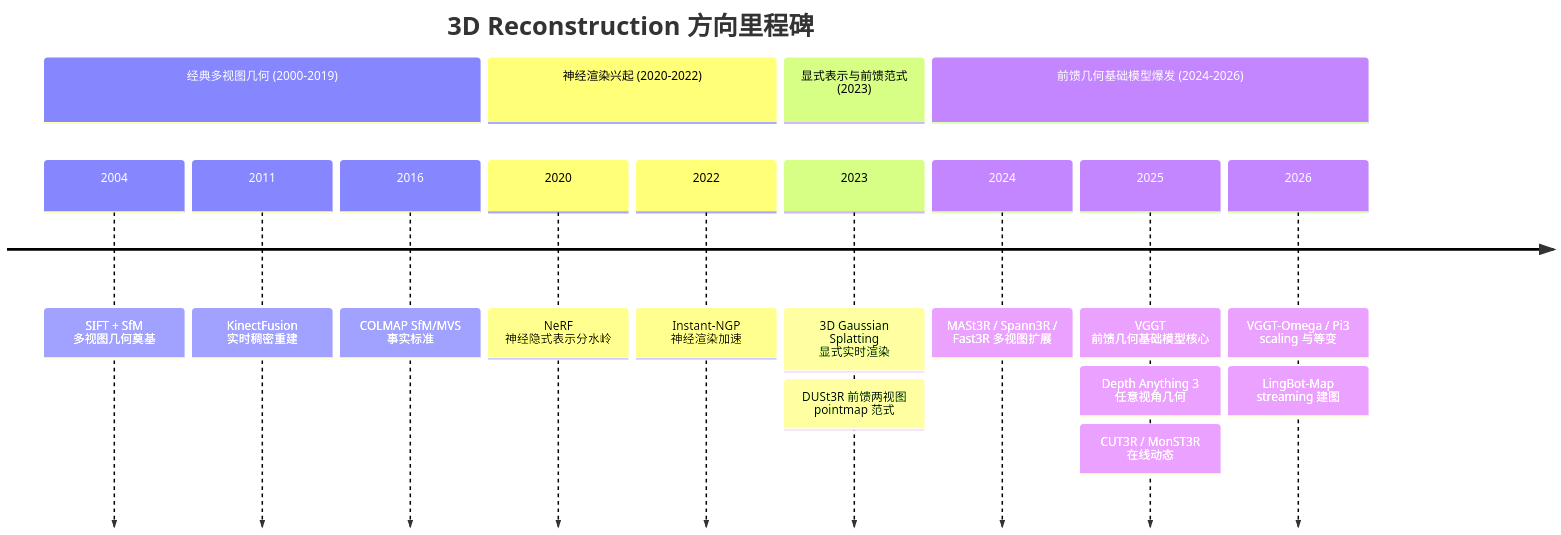
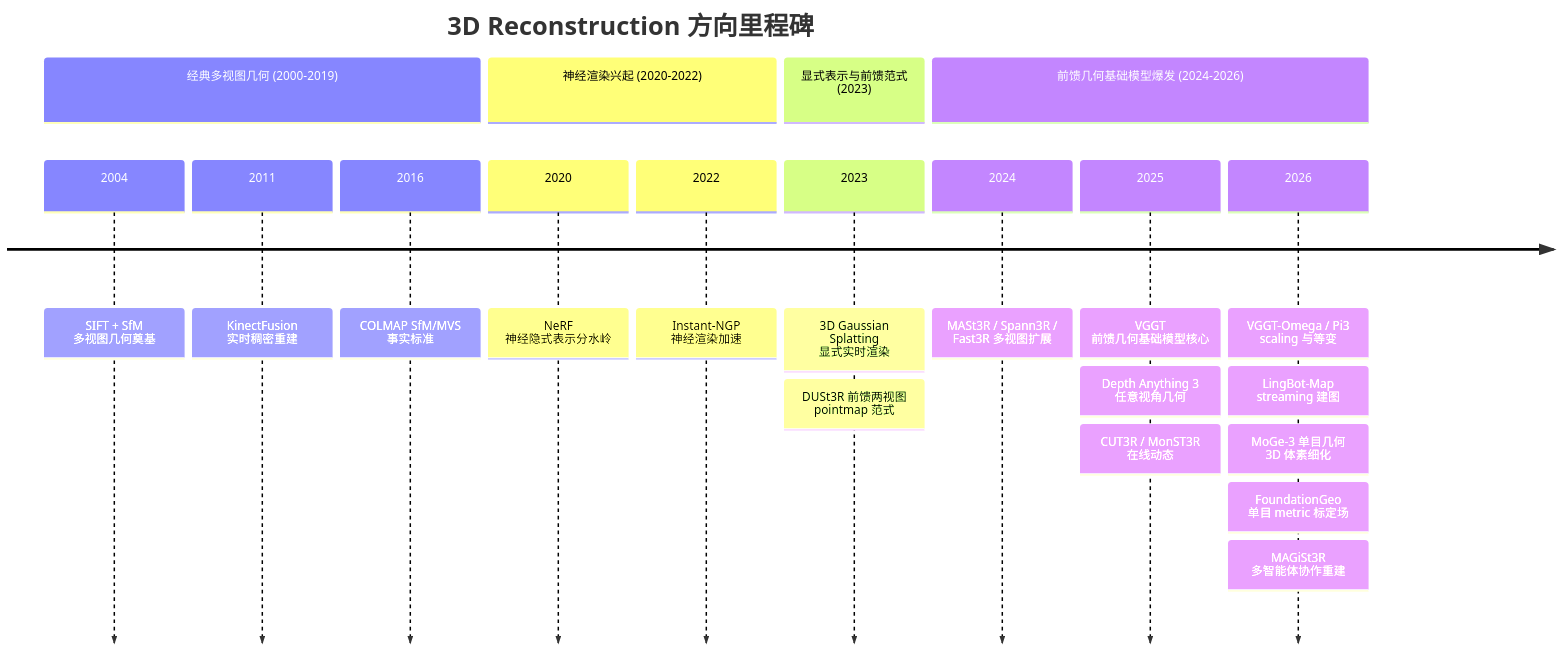
One commit to Shine233/FrontierLab changed the diagram in comparisons/3d-reconstruction/development-survey.md. Above: the diagram before and after it, drawn with Mermaid. The commit also changed other lines of this file and 28 other files, not shown here.

First line of the commit message:
feat(papers+skills): 新增 MoGe-3/FoundationGeo/MAGiSt3R 深度分析 + 3 个跟踪 skill

````diff
--- a/comparisons/3d-reconstruction/development-survey.md
+++ b/comparisons/3d-reconstruction/development-survey.md
@@ -24,21 +24,24 @@
 ```mermaid
 timeline
     title 3D Reconstruction 方向里程碑
     section 经典多视图几何 (2000-2019)
         2004 : SIFT + SfM 多视图几何奠基
         2011 : KinectFusion 实时稠密重建
         2016 : COLMAP SfM/MVS 事实标准
     section 神经渲染兴起 (2020-2022)
         2020 : NeRF 神经隐式表示分水岭
         2022 : Instant-NGP 神经渲染加速
     section 显式表示与前馈范式 (2023)
         2023 : 3D Gaussian Splatting 显式实时渲染
              : DUSt3R 前馈两视图 pointmap 范式
     section 前馈几何基础模型爆发 (2024-2026)
         2024 : MASt3R / Spann3R / Fast3R 多视图扩展
         2025 : VGGT 前馈几何基础模型核心
              : Depth Anything 3 任意视角几何
              : CUT3R / MonST3R 在线动态
         2026 : VGGT-Omega / Pi3 scaling 与等变
              : LingBot-Map streaming 建图
+             : MoGe-3 单目几何 3D 体素细化
+             : FoundationGeo 单目 metric 标定场
+             : MAGiSt3R 多智能体协作重建
 ```
````
